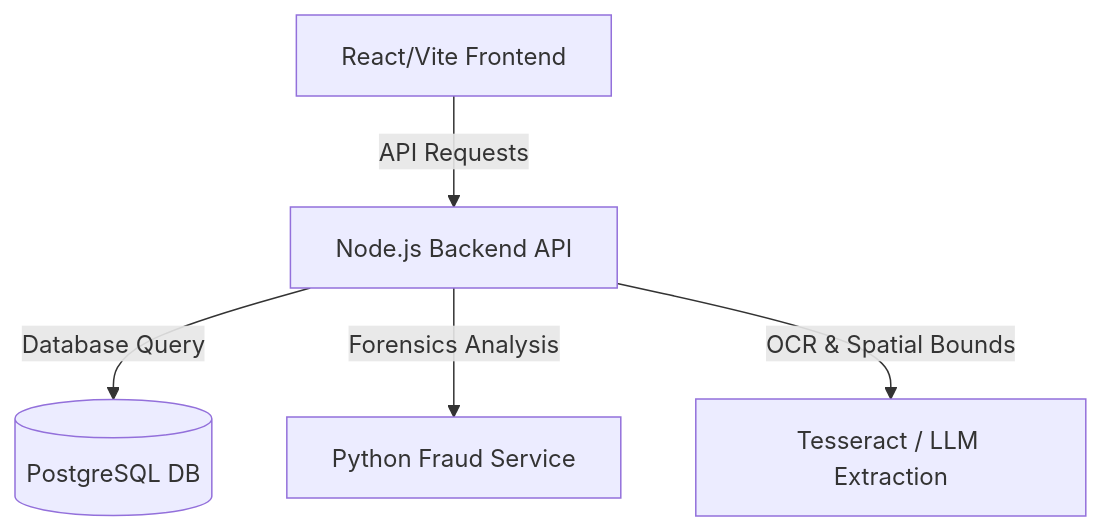
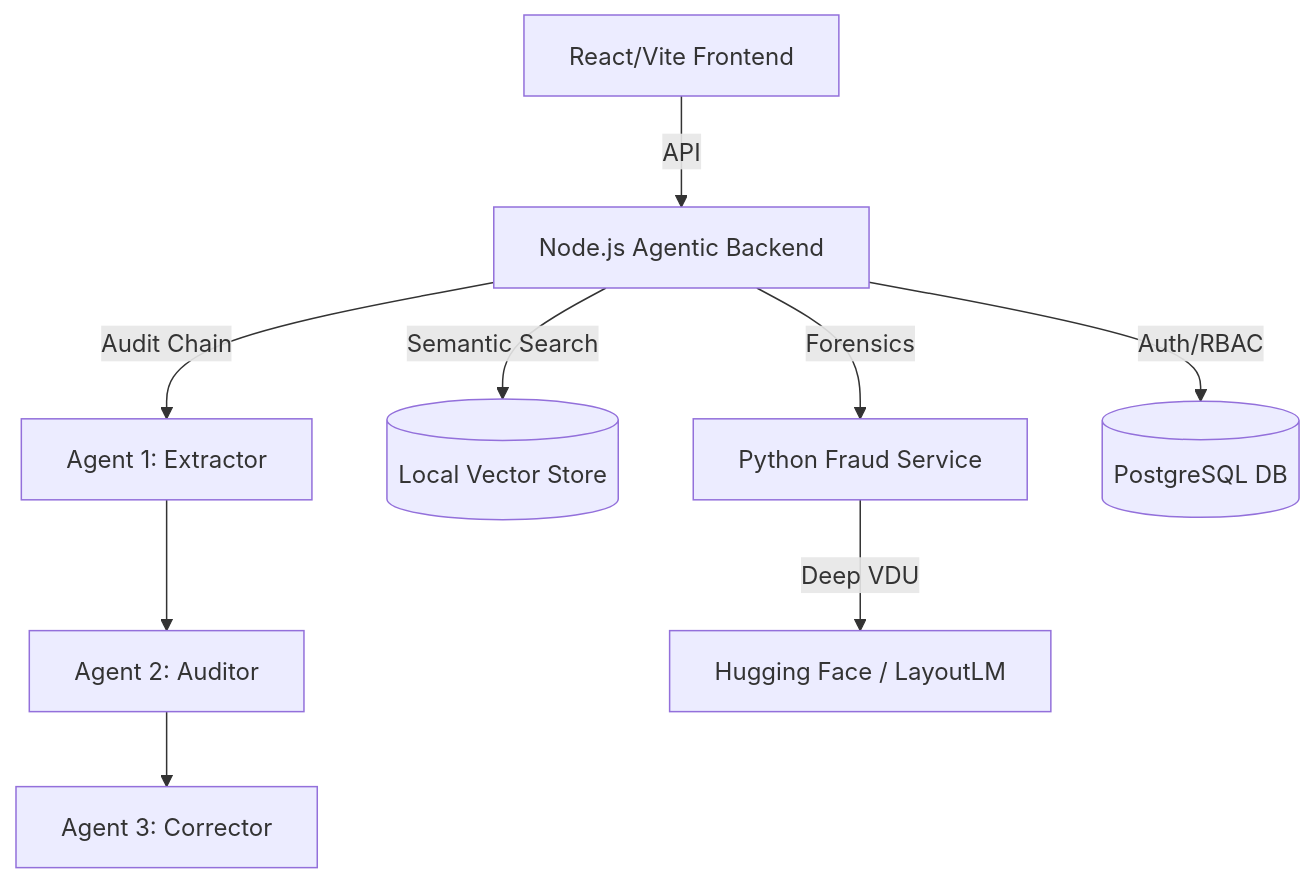
Before and after one commit to dibyanshpandey/idp-platform-build: the diagram in README.md, drawn with Mermaid. The commit also changed other lines of this file, not shown here.

Commit message:
Update README with Agentic Architecture and Gen AI Tech Stack

````diff
--- a/README.md
+++ b/README.md
@@ -11,7 +13,11 @@
 ```mermaid
 graph TD
-    A[React/Vite Frontend] -->|API Requests| B[Node.js Backend API]
-    B -->|Database Query| C[(PostgreSQL DB)]
-    B -->|Forensics Analysis| D[Python Fraud Service]
-    B -->|OCR & Spatial Bounds| E[Tesseract / LLM Extraction]
+    A[React/Vite Frontend] -->|API| B[Node.js Agentic Backend]
+    B -->|Audit Chain| B1[Agent 1: Extractor]
+    B1 --> B2[Agent 2: Auditor]
+    B2 --> B3[Agent 3: Corrector]
+    B -->|Semantic Search| V[(Local Vector Store)]
+    B -->|Forensics| D[Python Fraud Service]
+    D -->|Deep VDU| HF[Hugging Face / LayoutLM]
+    B -->|Auth/RBAC| C[(PostgreSQL DB)]
 ```
````
